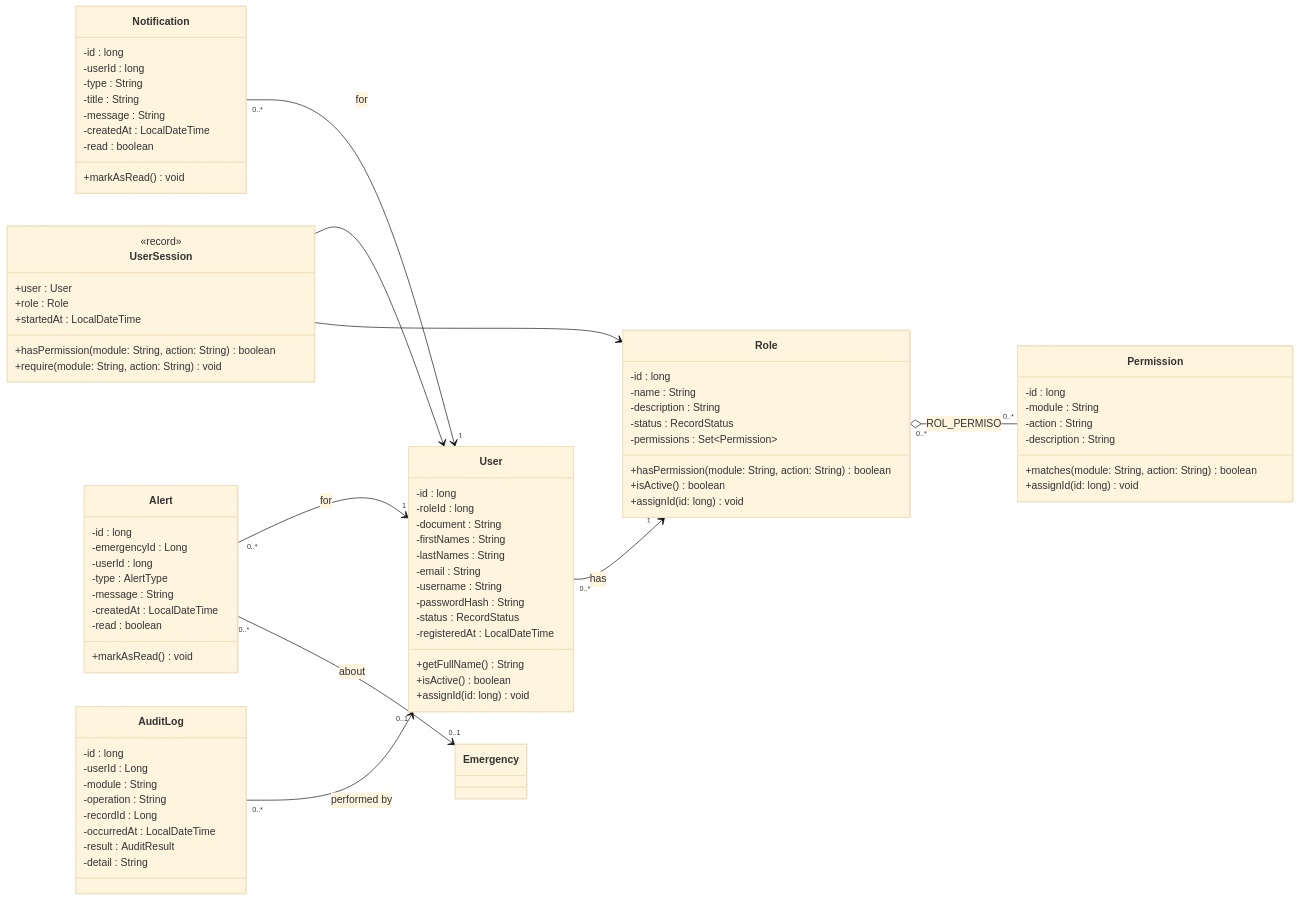
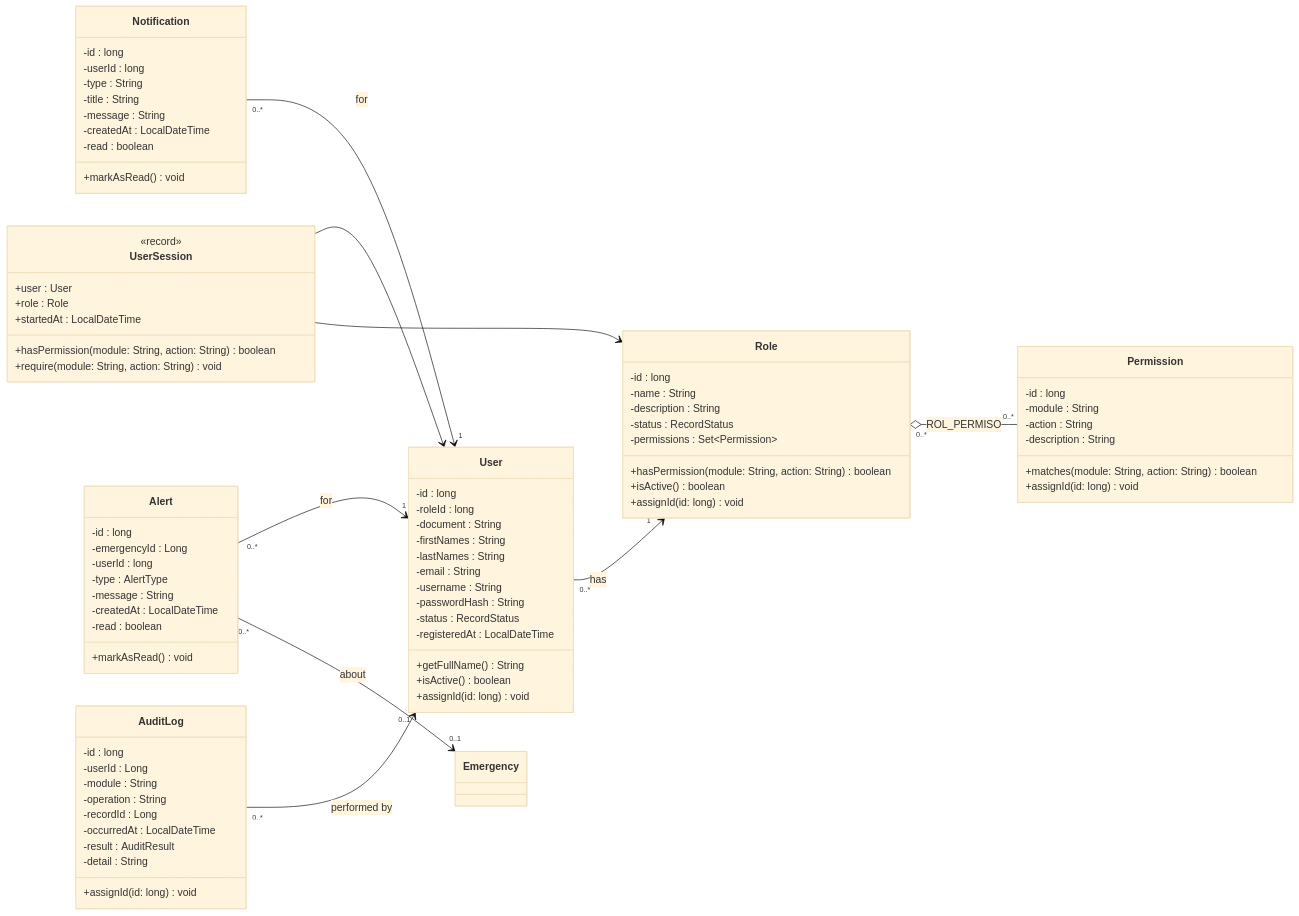
The third of 22 diagrams in docs/class-diagram.md (afzabaleta/RutaVida), drawn with Mermaid (base theme) before and after one commit. The commit also changed other lines of this file and 2 other files, not shown here.

```diff
--- a/docs/class-diagram.md
+++ b/docs/class-diagram.md
@@ -192,6 +192,7 @@
         -occurredAt : LocalDateTime
         -result : AuditResult
         -detail : String
+        +assignId(id: long) void
     }
     class Emergency
 
```
